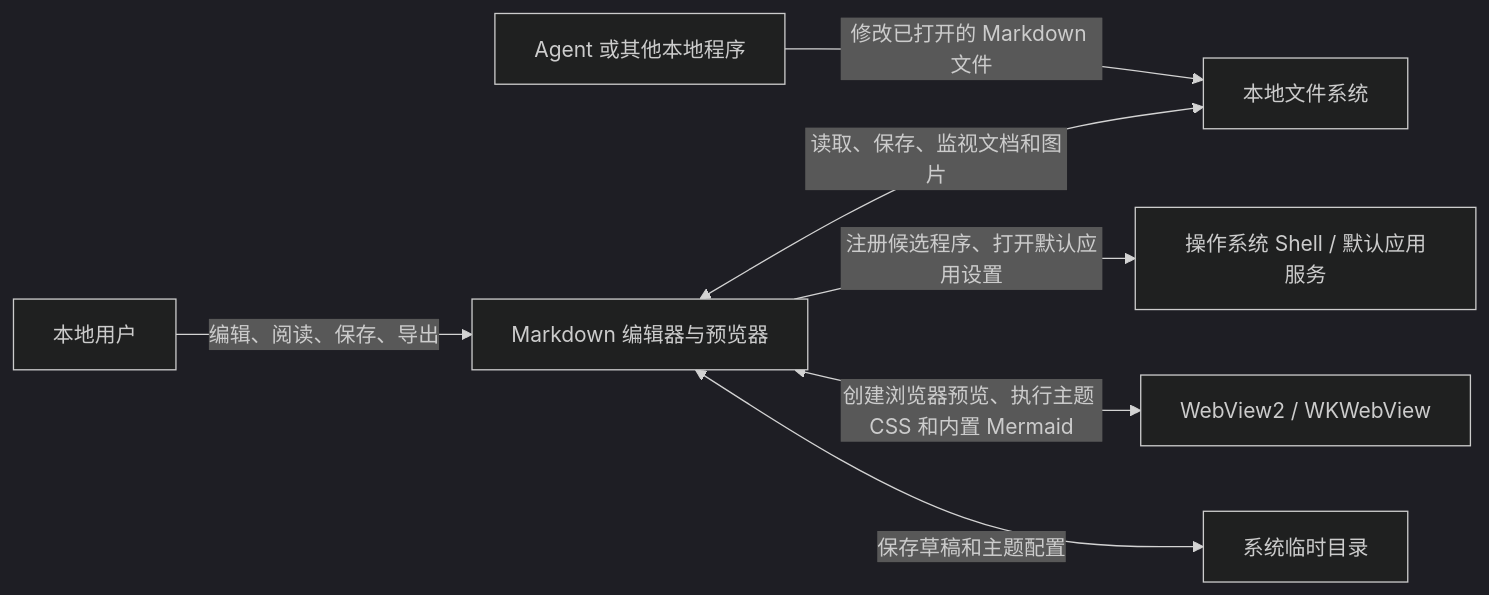
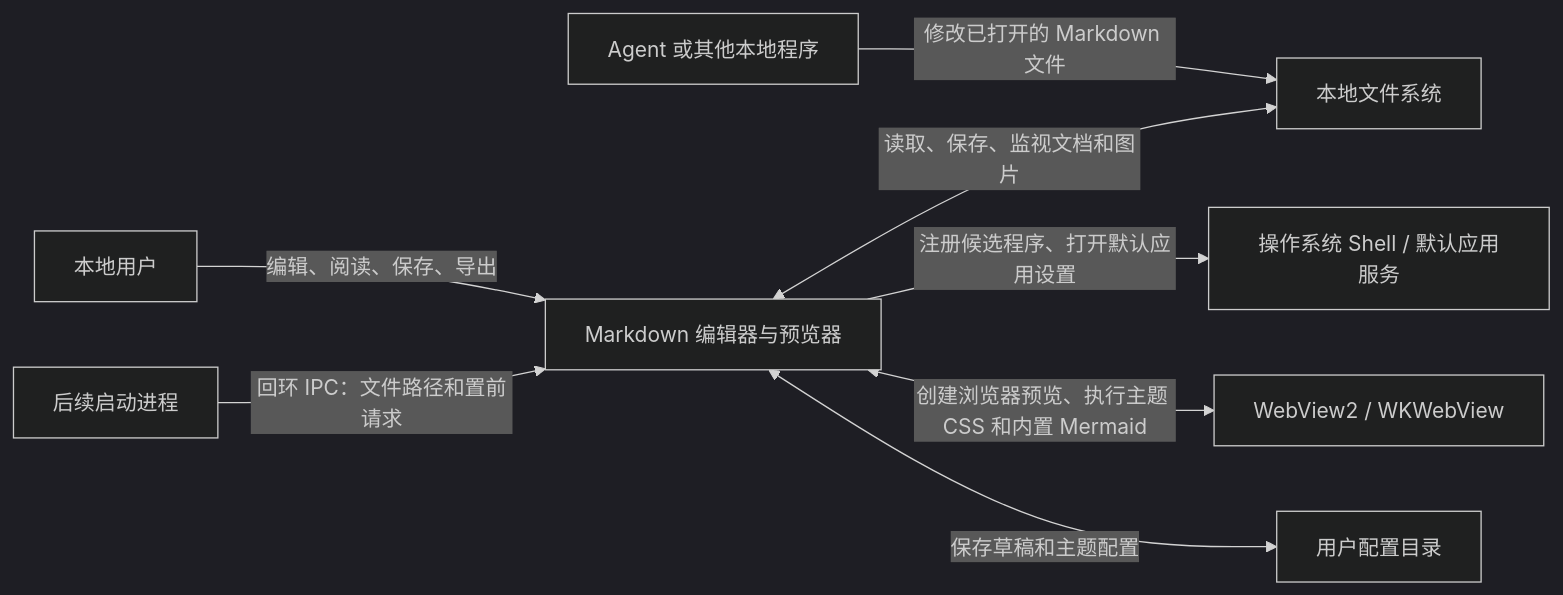
One commit to idkwhatimdoing62/markdown-editor changed the first of 4 diagrams in Markdown编辑器与预览器-一页系统说明.md. Above: the diagram before and after it, drawn with Mermaid (dark theme). The commit also changed other lines of this file and 16 other files, not shown here.

````diff
--- a/Markdown编辑器与预览器-一页系统说明.md
+++ b/Markdown编辑器与预览器-一页系统说明.md
@@ -83,9 +82,10 @@
 ```mermaid
 flowchart LR
   User["本地用户"] -->|编辑、阅读、保存、导出| App["Markdown 编辑器与预览器"]
   Agent["Agent 或其他本地程序"] -->|修改已打开的 Markdown 文件| Files["本地文件系统"]
   App <--> |读取、保存、监视文档和图片| Files
   App -->|注册候选程序、打开默认应用设置| Shell["操作系统 Shell / 默认应用服务"]
+  Launcher["后续启动进程"] -->|回环 IPC：文件路径和置前请求| App
   App <--> |创建浏览器预览、执行主题 CSS 和内置 Mermaid| WebView["WebView2 / WKWebView"]
-  App <--> |保存草稿和主题配置| Temp["系统临时目录"]
+  App <--> |保存草稿和主题配置| Config["用户配置目录"]
 ```
````
